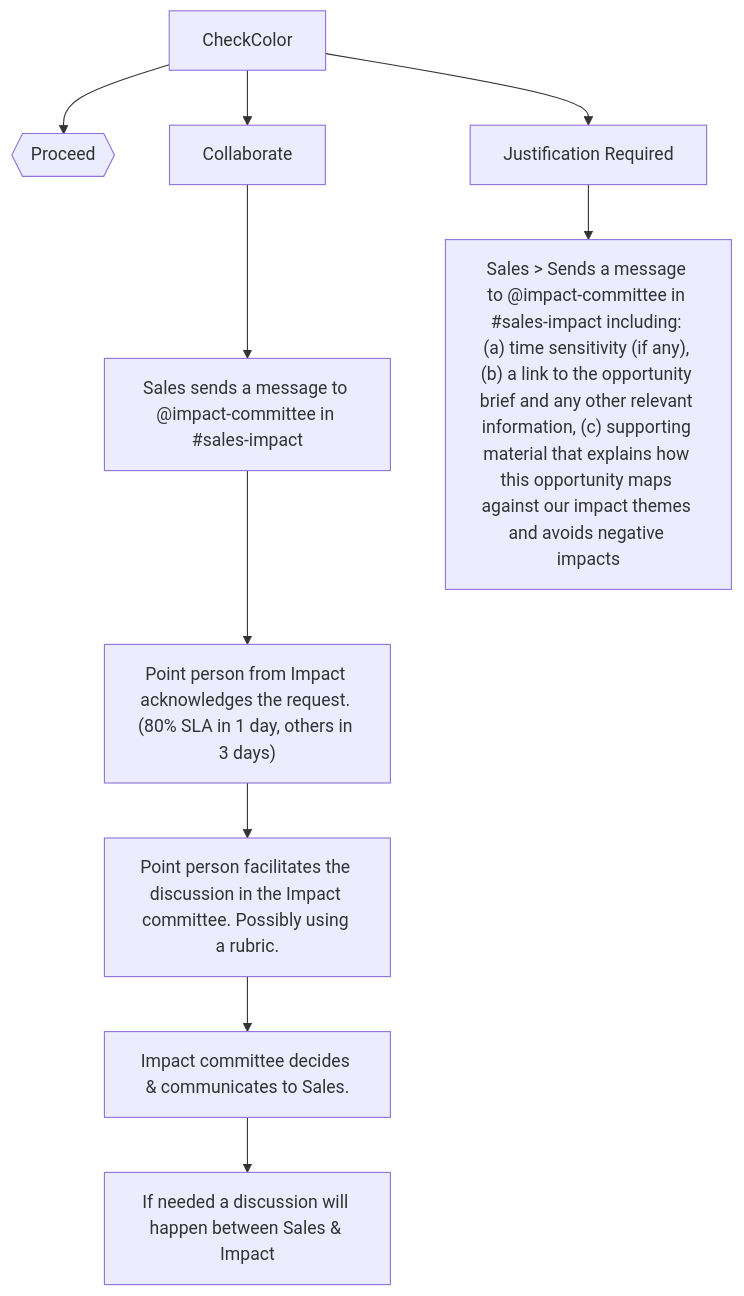
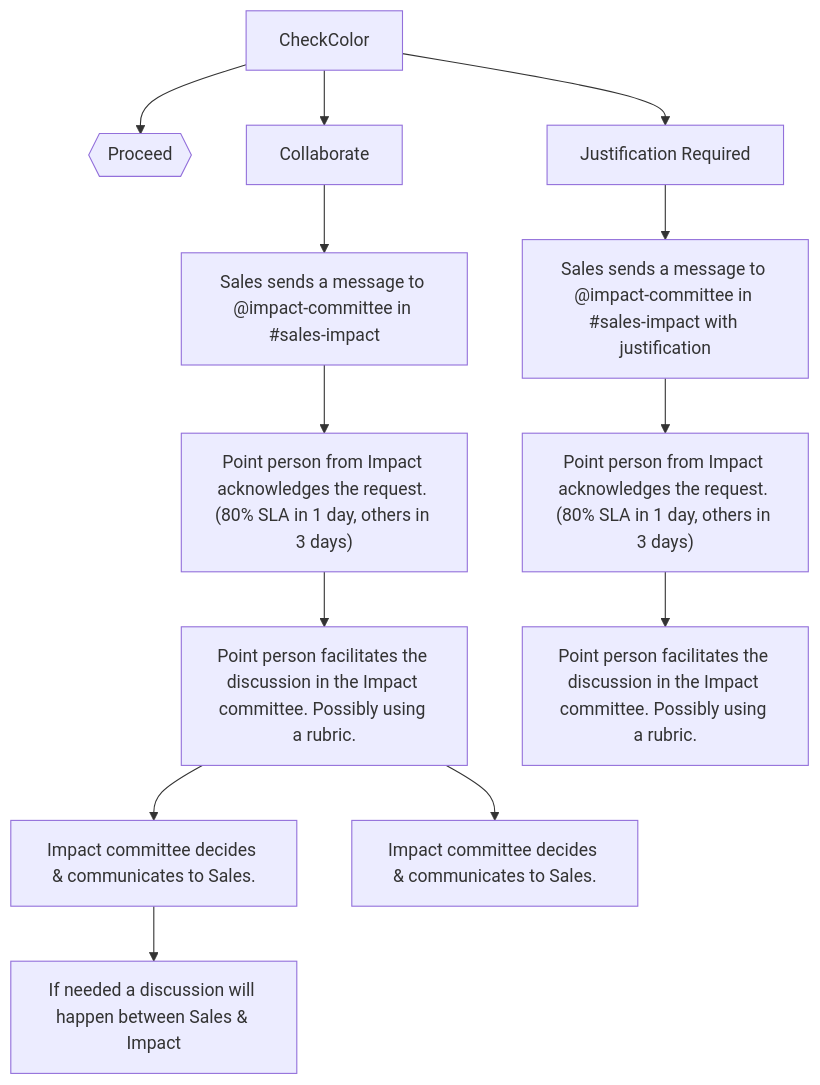
One commit to mgifford/mermaid-graphs changed the first of 3 diagrams in impact2.md. Above: the diagram before and after it, drawn with Mermaid.

Commit message:
more red

````diff
--- a/impact2.md
+++ b/impact2.md
@@ -7,14 +7,16 @@
 ```mermaid
 graph TD
     CheckColor-->IsGreen{{Proceed}};
     CheckColor-->isYellow[Collaborate];
     CheckColor-->isJustificationRequired["Justification Required"];
     isYellow-->salesAlertsImpactsYellow["Sales sends a message to @impact-committee in #sales-impact"];
    salesAlertsImpactsYellow-->ImpactResponds["Point person from Impact acknowledges the request. (80% SLA in 1 day, others in 3 days)"];
    ImpactResponds-->ImpactDiscusses["Point person facilitates the discussion in the Impact committee. Possibly using a rubric."];
   ImpactDiscusses-->Decision["Impact committee decides & communicates to Sales."];
   Decision-->Discussion["If needed a discussion will happen between Sales & Impact"];
 
-  isJustificationRequired-->salesAlertsImpactsRed["Sales > Sends a message to @impact-committee in #sales-impact including: (a) time sensitivity (if any), (b) a link to the opportunity brief and any other relevant information, (c) supporting material that explains how this opportunity maps against our impact themes and avoids negative impacts"];
-  salesAlertsImpactsRed
+  isJustificationRequired-->salesAlertsImpactsRed["Sales sends a message to @impact-committee in #sales-impact with justification"];
+  salesAlertsImpactsRed-->ImpactRespondsRed["Point person from Impact acknowledges the request. (80% SLA in 1 day, others in 3 days)"];
+  ImpactRespondsRed-->ImpactDiscussesRed["Point person facilitates the discussion in the Impact committee. Possibly using a rubric."];
+  ImpactDiscusses-->DecisionRed["Impact committee decides & communicates to Sales."];
 ```
````
